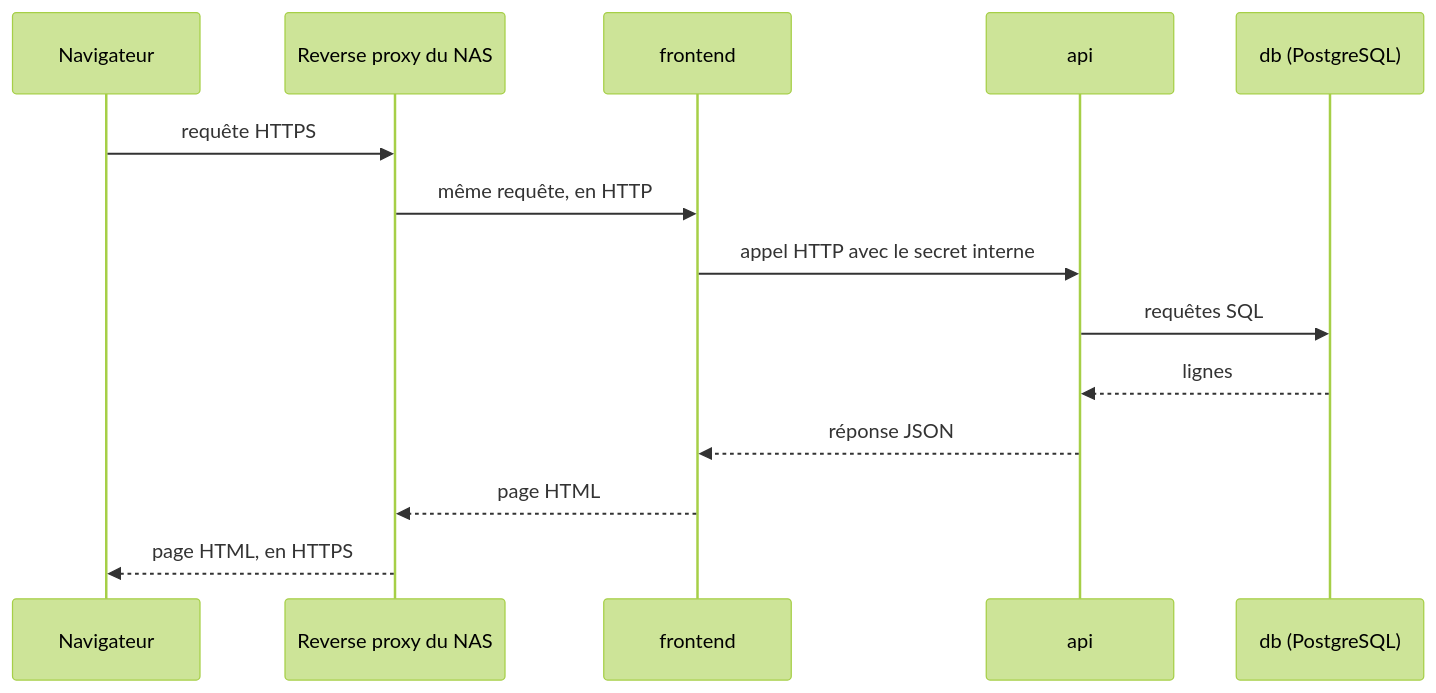
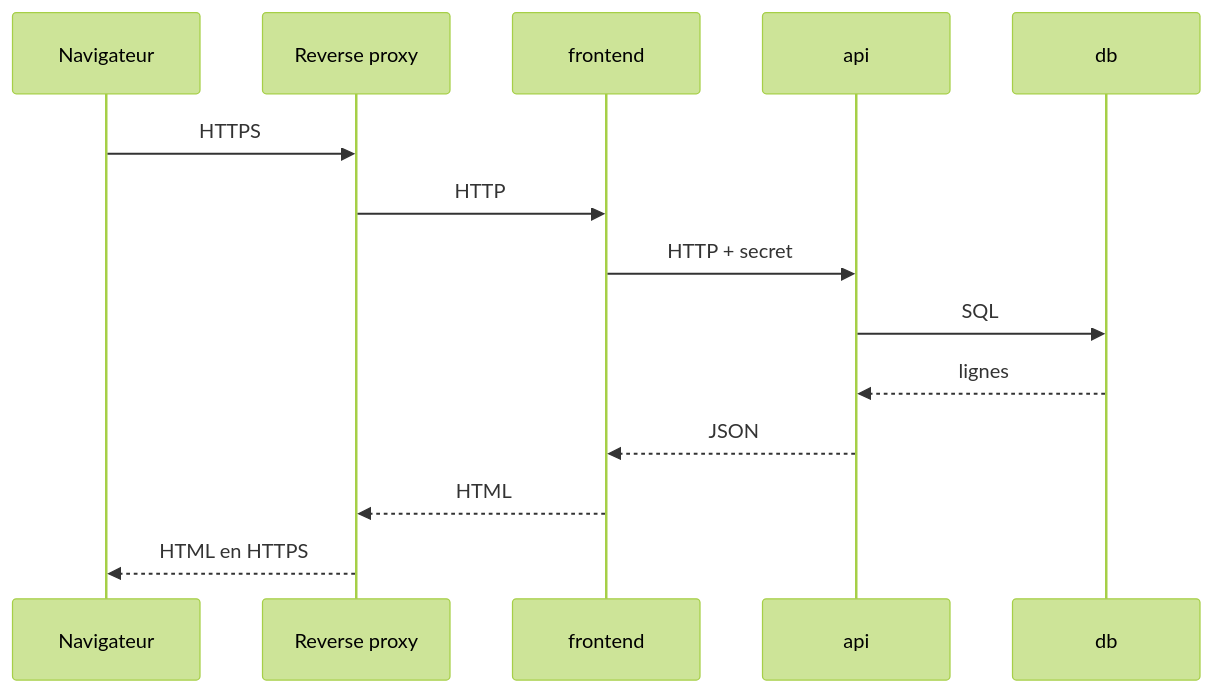
The second of 2 diagrams in docs/tech/architecture/vue-d-ensemble.md (Tetram76/bdtheque-claude), drawn with Mermaid (forest theme) before and after one commit. The commit also changed other lines of this file and 5 other files, not shown here.

First line of the commit message:
docs(tech): intégration continue, tests et documentation réécrits ; diagrammes remis en forme

````diff
--- a/docs/tech/architecture/vue-d-ensemble.md
+++ b/docs/tech/architecture/vue-d-ensemble.md
@@ -48,17 +48,17 @@
 ```mermaid
 sequenceDiagram
     participant browser as Navigateur
-    participant proxy as Reverse proxy du NAS
+    participant proxy as Reverse proxy
     participant frontend as frontend
     participant api as api
-    participant db as db (PostgreSQL)
+    participant db as db
 
-    browser->>proxy: requête HTTPS
-    proxy->>frontend: même requête, en HTTP
-    frontend->>api: appel HTTP avec le secret interne
-    api->>db: requêtes SQL
+    browser->>proxy: HTTPS
+    proxy->>frontend: HTTP
+    frontend->>api: HTTP + secret
+    api->>db: SQL
     db-->>api: lignes
-    api-->>frontend: réponse JSON
-    frontend-->>proxy: page HTML
-    proxy-->>browser: page HTML, en HTTPS
+    api-->>frontend: JSON
+    frontend-->>proxy: HTML
+    proxy-->>browser: HTML en HTTPS
 ```
````
